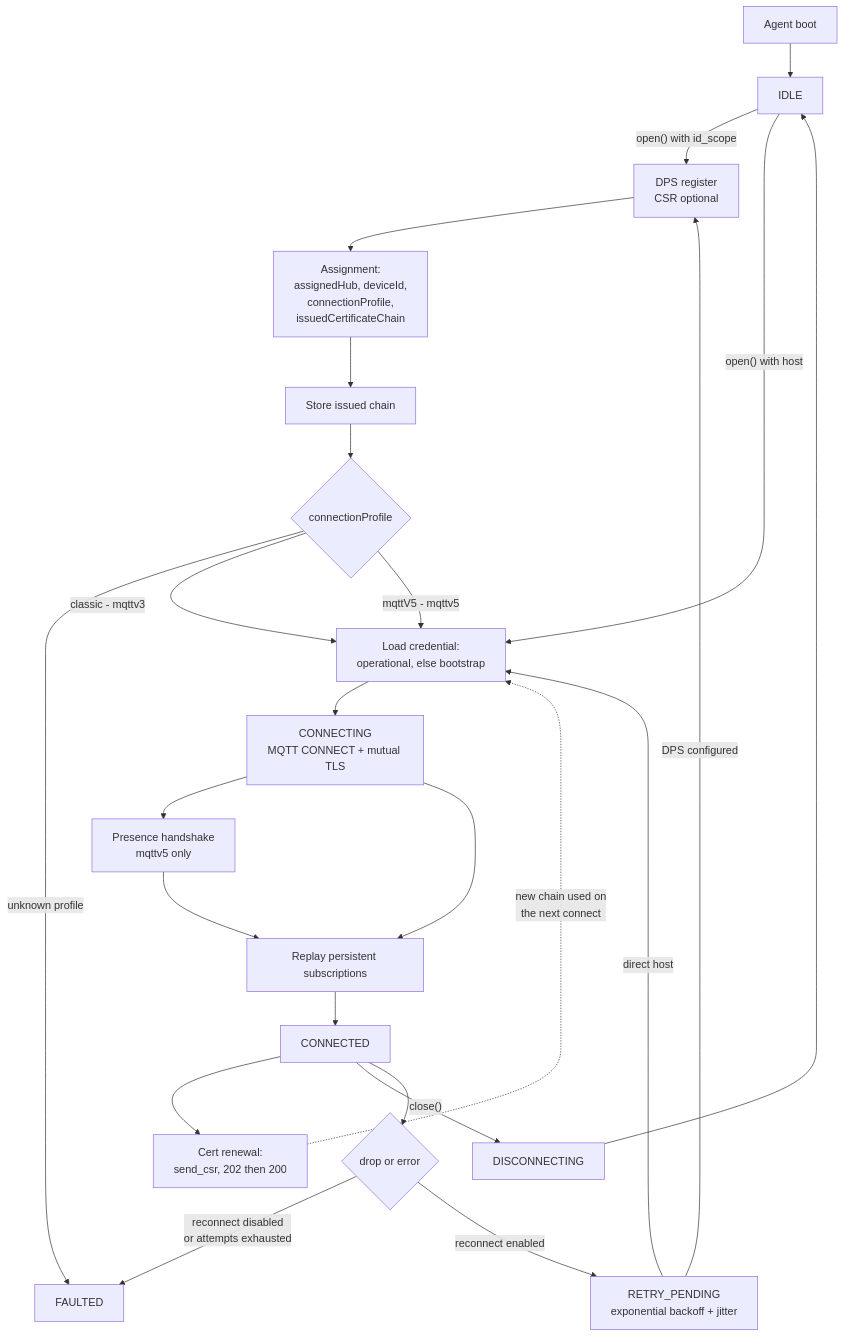
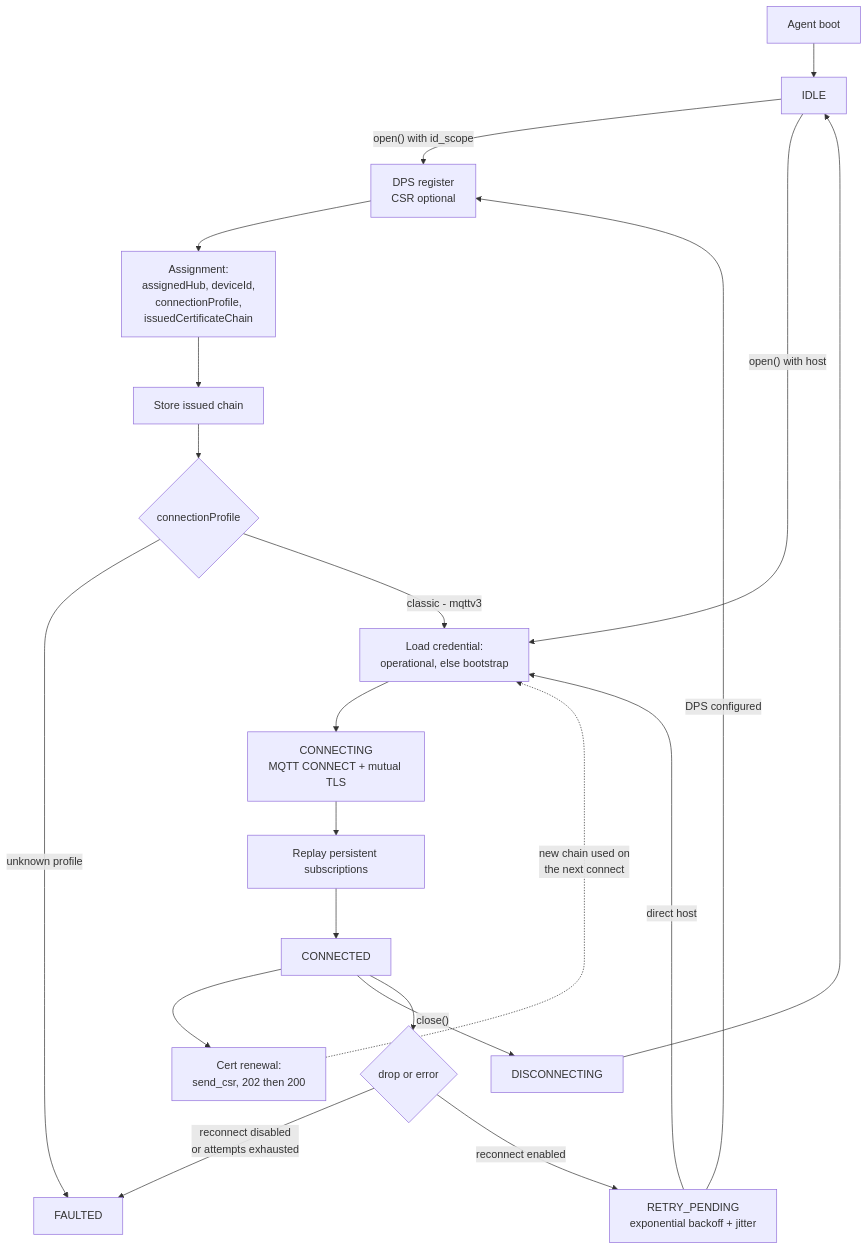
Before and after one commit to Azure/azure-iot-sdk: the seventh of 7 diagrams in c/docs/eng/connection.md, drawn with Mermaid. The commit also changed other lines of this file and 19 other files, not shown here.

````diff
--- a/c/docs/eng/connection.md
+++ b/c/docs/eng/connection.md
@@ -488,30 +447,27 @@
 ```mermaid
 flowchart TB
     BOOT["Agent boot"] --> IDLE["IDLE"]
     IDLE -->|"open() with id_scope"| REG["DPS register<br/>CSR optional"]
     IDLE -->|"open() with host"| CRED
 
     REG --> ASSIGN["Assignment:<br/>assignedHub, deviceId,<br/>connectionProfile,<br/>issuedCertificateChain"]
     ASSIGN --> STORE1["Store issued chain"]
     STORE1 --> PROFILE{"connectionProfile"}
 
     PROFILE -->|"unknown profile"| FAULTED
-    PROFILE -->|"classic - mqttv3"| CRED
-    PROFILE -->|"mqttV5 - mqttv5"| CRED["Load credential:<br/>operational, else bootstrap"]
+    PROFILE -->|"classic - mqttv3"| CRED["Load credential:<br/>operational, else bootstrap"]
 
     CRED --> CONNECTING["CONNECTING<br/>MQTT CONNECT + mutual TLS"]
-    CONNECTING --> BIRTH["Presence handshake<br/>mqttv5 only"]
-    BIRTH --> SUBS["Replay persistent subscriptions"]
-    CONNECTING --> SUBS
+    CONNECTING --> SUBS["Replay persistent subscriptions"]
     SUBS --> CONNECTED["CONNECTED"]
 
     CONNECTED --> CRENEW["Cert renewal:<br/>send_csr, 202 then 200"]
     CRENEW -.->|"new chain used on<br/>the next connect"| CRED
 
     CONNECTED -->|"close()"| DISC["DISCONNECTING"] --> IDLE
     CONNECTED --> DROP{"drop or error"}
     DROP -->|"reconnect disabled<br/>or attempts exhausted"| FAULTED["FAULTED"]
     DROP -->|"reconnect enabled"| RECON["RETRY_PENDING<br/>exponential backoff + jitter"]
     RECON -->|"DPS configured"| REG
     RECON -->|"direct host"| CRED
 ```
````
